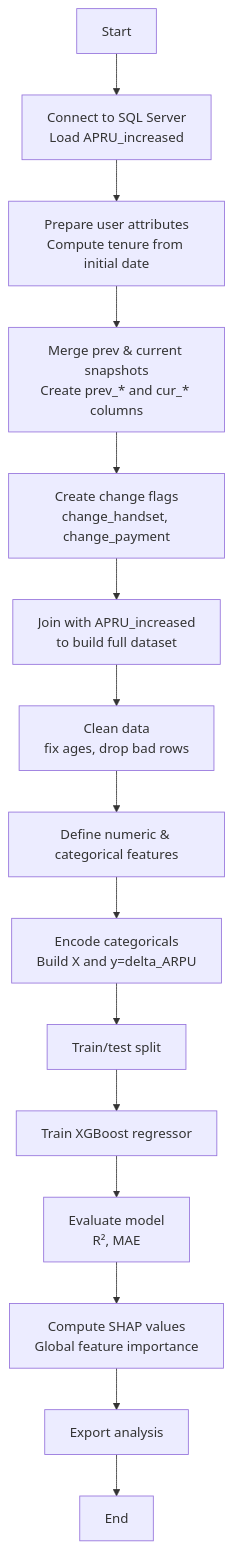
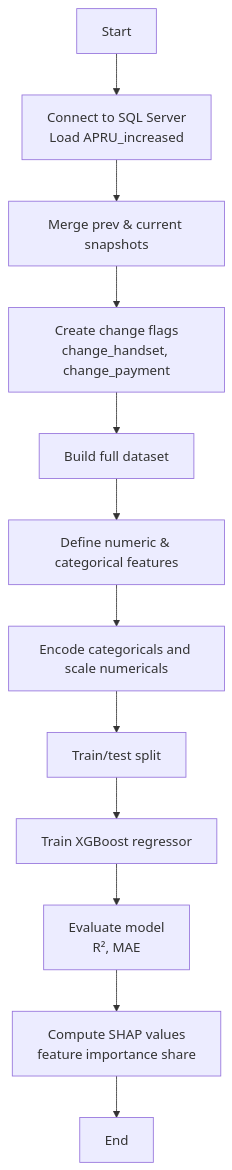
One commit to miko-cd/turshiltiin_hugatsaa changed the diagram in arpu_flowchart.md. Above: the diagram before and after it, drawn with Mermaid.

Commit message:
Refactor flowchart for ARPU analysis process

````diff
--- a/arpu_flowchart.md
+++ b/arpu_flowchart.md
@@ -1,17 +1,14 @@
 ```mermaid
 flowchart TD
-    A[Start] --> B[Connect to SQL Server<br/>Load APRU_increased]
-    B --> C[Prepare user attributes<br/>Compute tenure from initial date]
-    C --> D[Merge prev & current snapshots<br/>Create prev_* and cur_* columns]
-    D --> E[Create change flags<br/>change_handset, change_payment]
-    E --> F[Join with APRU_increased<br/>to build full dataset]
-    F --> G[Clean data<br/>fix ages, drop bad rows]
+    A[Start] --> C[Connect to SQL Server<br/>Load APRU_increased]
+    C --> D[Merge prev & current snapshots]
+    D --> F[Create change flags<br/>change_handset, change_payment]
+    F --> G[Build full dataset]
     G --> H[Define numeric & categorical features]
-    H --> I[Encode categoricals<br/>Build X and y=delta_ARPU]
+    H --> I[Encode categoricals and scale numericals]
     I --> J[Train/test split]
     J --> K[Train XGBoost regressor]
     K --> L[Evaluate model<br/>R², MAE]
-    L --> M[Compute SHAP values<br/>Global feature importance]
-    M --> N[Export analysis]
-    N --> O[End]
+    L --> M[Compute SHAP values<br/>feature importance share]
+    M --> O[End]
   ```
````
